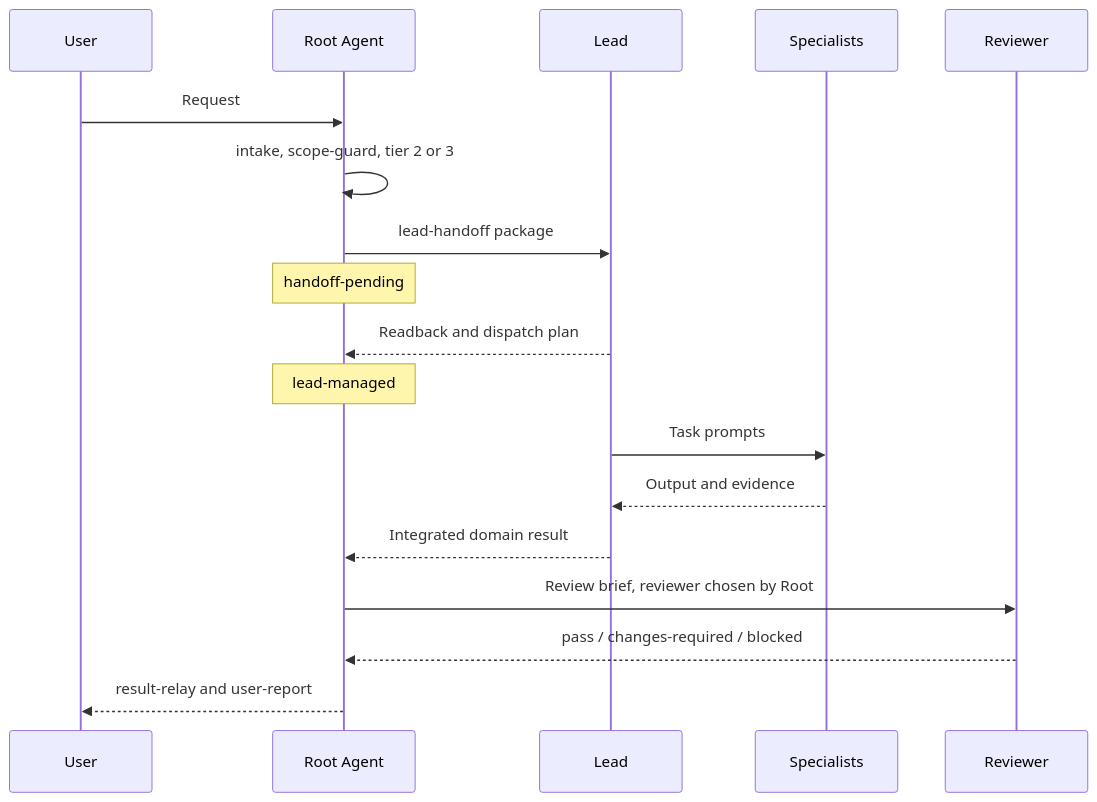
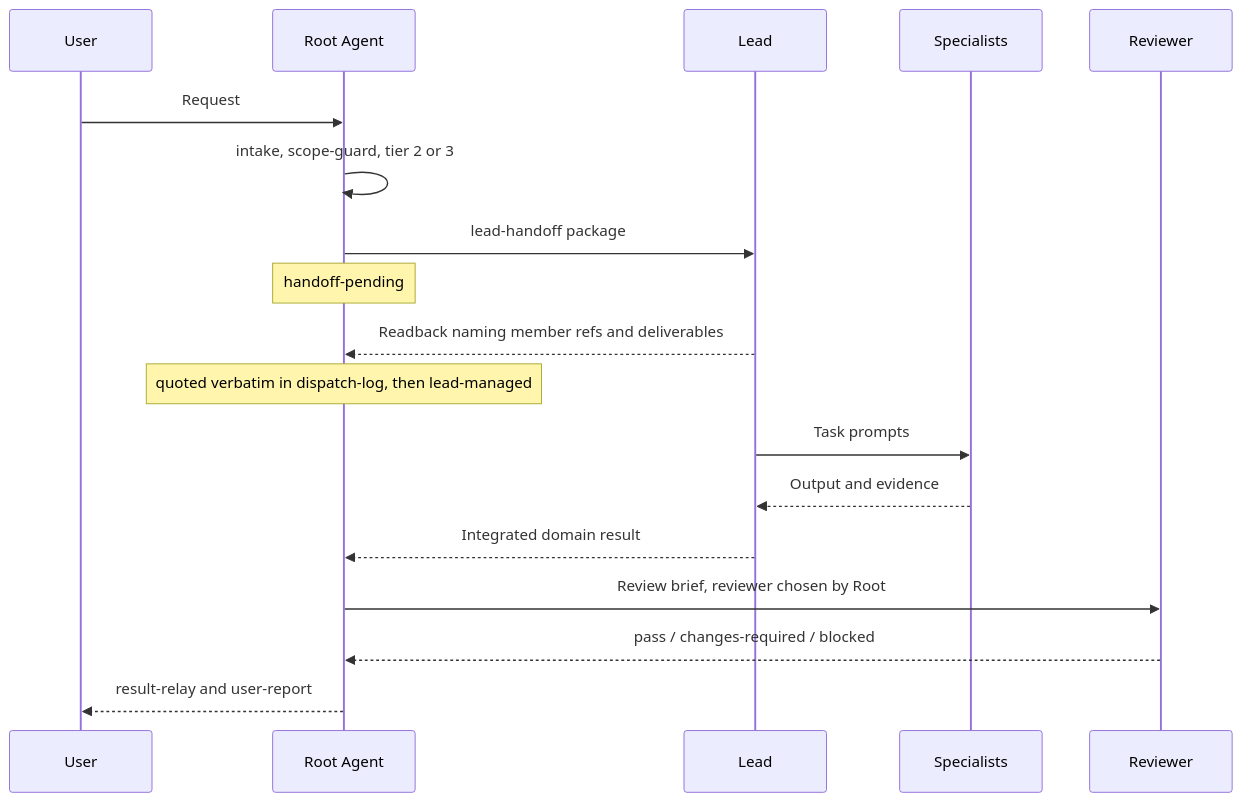
Before and after one commit to MrBekoX/root-agent-skill-framework: the second of 2 diagrams in README.md, drawn with Mermaid. The commit also changed other lines of this file and 15 other files, not shown here.

````diff
--- a/README.md
+++ b/README.md
@@ -98,20 +99,20 @@
 ```mermaid
 sequenceDiagram
     participant U as User
     participant R as Root Agent
     participant L as Lead
     participant S as Specialists
     participant V as Reviewer
     U->>R: Request
     R->>R: intake, scope-guard, tier 2 or 3
     R->>L: lead-handoff package
     Note over R: handoff-pending
-    L-->>R: Readback and dispatch plan
-    Note over R: lead-managed
+    L-->>R: Readback naming member refs and deliverables
+    Note over R: quoted verbatim in dispatch-log, then lead-managed
     L->>S: Task prompts
     S-->>L: Output and evidence
     L-->>R: Integrated domain result
     R->>V: Review brief, reviewer chosen by Root
     V-->>R: pass / changes-required / blocked
     R-->>U: result-relay and user-report
 ```
````
